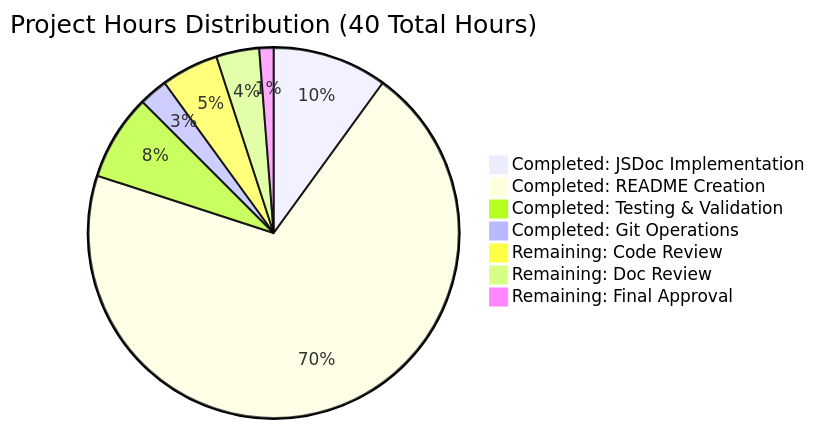
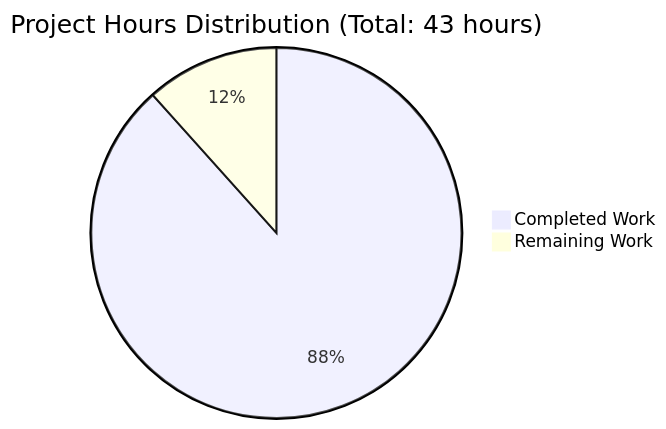
Before and after one commit to lakshya-blitzy/hello_world_Oct_2025: the diagram in blitzy/documentation/Project Guide.md, drawn with Mermaid. The commit also changed other lines of this file, not shown here.

Commit message:
Adding Blitzy Project Guide: Project Status and Human Tasks Remaining

````diff
--- a/blitzy/documentation/Project Guide.md
+++ b/blitzy/documentation/Project Guide.md
@@ -63,10 +213,5 @@
 ```mermaid
-pie title Project Hours Distribution (40 Total Hours)
-    "Completed: JSDoc Implementation" : 4
-    "Completed: README Creation" : 28
-    "Completed: Testing & Validation" : 3
-    "Completed: Git Operations" : 1
-    "Remaining: Code Review" : 2
-    "Remaining: Doc Review" : 1.5
-    "Remaining: Final Approval" : 0.5
+pie title Project Hours Distribution (Total: 43 hours)
+    "Completed Work" : 38
+    "Remaining Work" : 5
 ```
````
